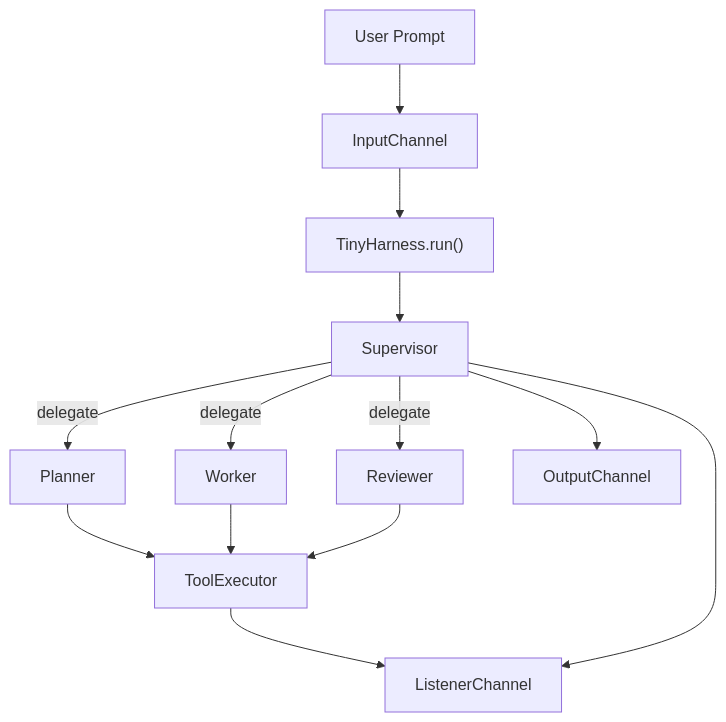
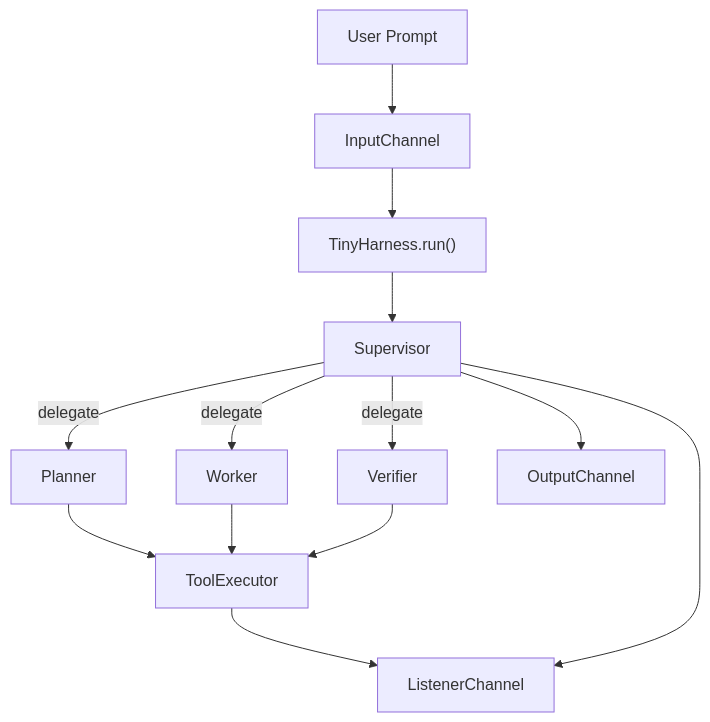
The diagram in README.md (junyeong-nero/tiny-agent-harness), drawn with Mermaid before and after one commit. The commit also changed other lines of this file and 23 other files, not shown here.

First line of the commit message:
[refactor] Rename ReviewerAgent to VerifierAgent

````diff
--- a/README.md
+++ b/README.md
@@ -11,15 +11,15 @@
 ```mermaid
 graph TD
     U["User Prompt"] --> IC["InputChannel"]
     IC --> TH["TinyHarness.run()"]
     TH --> SR["Supervisor"]
     SR -->|delegate| PL["Planner"]
     SR -->|delegate| WK["Worker"]
-    SR -->|delegate| RV["Reviewer"]
+    SR -->|delegate| RV["Verifier"]
     PL --> TC["ToolExecutor"]
     WK --> TC
     RV --> TC
     TC --> LC["ListenerChannel"]
     SR --> LC
     SR --> OC["OutputChannel"]
 ```
````
